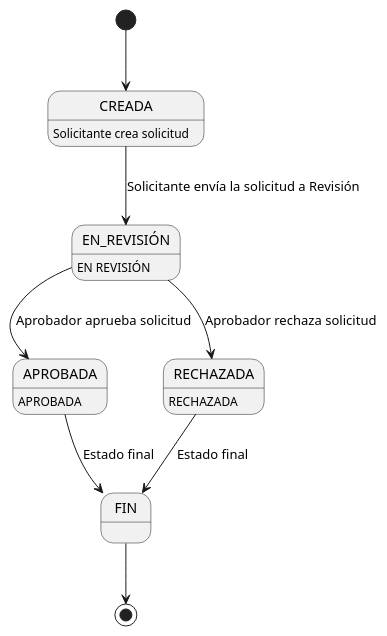
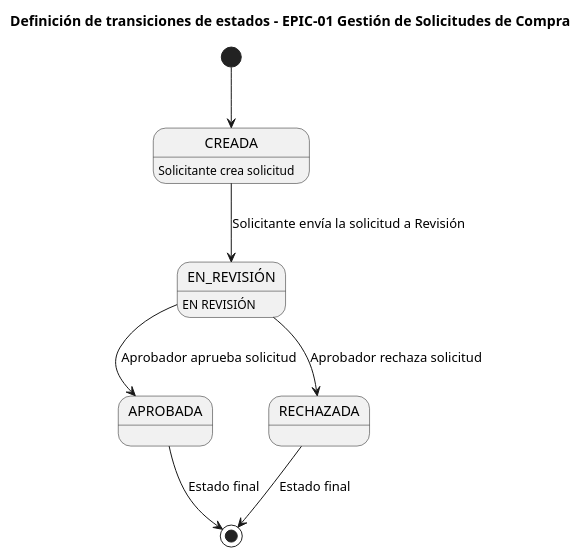
The diagram in DOCS/MODELO-DOMINIO/Flujo_Estados.puml (Eileen0205/mvp-sap-mm-next), drawn with PlantUML before and after one commit. The commit also changed other lines of this file and 4 other files, not shown here.

Commit message:
docs: Actualización diagramas UML de dominio y flujo de estados (PNG y PUML) y Modelo de dominio.

```diff
--- a/DOCS/MODELO-DOMINIO/Flujo_Estados.puml
+++ b/DOCS/MODELO-DOMINIO/Flujo_Estados.puml
@@ -1,14 +2,11 @@
 @startuml
-' Definición de estados
+title Definición de transiciones de estados - EPIC-01 Gestión de Solicitudes de Compra
 [*] --> CREADA
 CREADA : Solicitante crea solicitud
 CREADA --> EN_REVISIÓN : Solicitante envía la solicitud a Revisión
 EN_REVISIÓN : EN REVISIÓN
 EN_REVISIÓN --> APROBADA : Aprobador aprueba solicitud
 EN_REVISIÓN --> RECHAZADA : Aprobador rechaza solicitud
-APROBADA : APROBADA
-RECHAZADA : RECHAZADA
-APROBADA --> FIN : Estado final
-RECHAZADA --> FIN : Estado final
-FIN --> [*]
+APROBADA --> [*] : Estado final
+RECHAZADA --> [*] : Estado final
 @enduml
```
